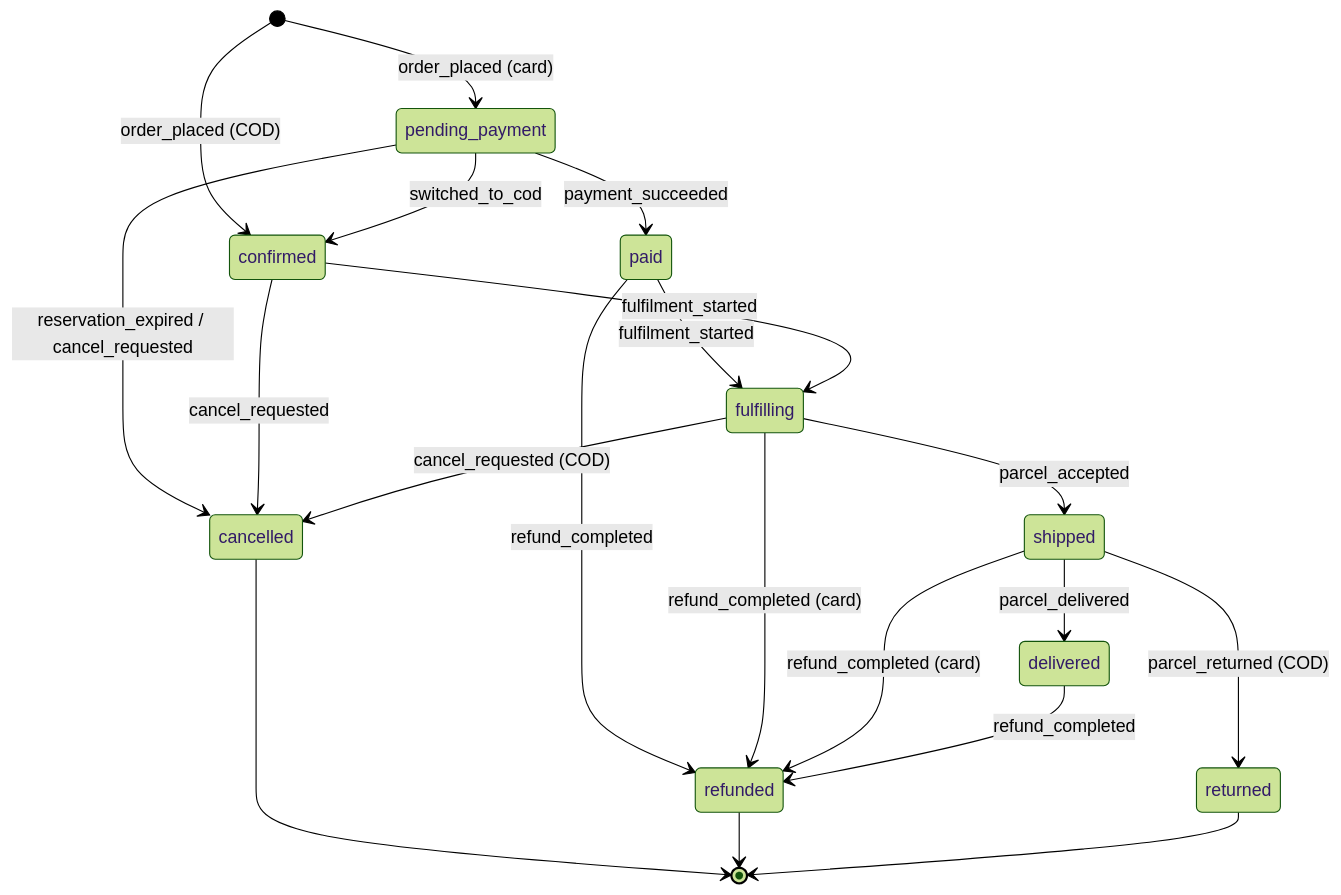
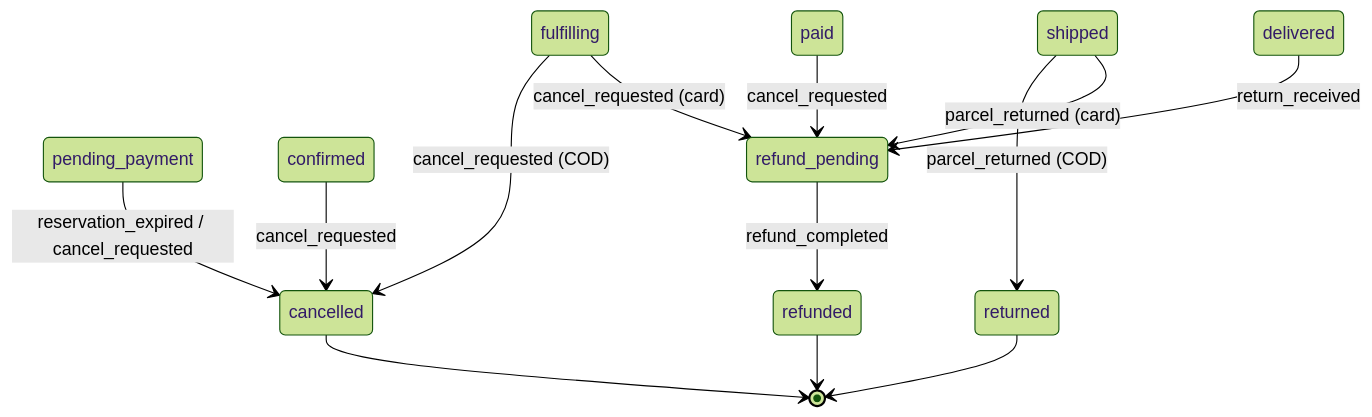
Before and after one commit to inhix/nodejs-shop: the second of 2 diagrams in docs/adr/0011-order-state-machine.md, drawn with Mermaid (forest theme). The commit also changed other lines of this file and 3 other files, not shown here.

First line of the commit message:
docs(docs): end orders in completed and route refunds through refund_pending

````diff
--- a/docs/adr/0011-order-state-machine.md
+++ b/docs/adr/0011-order-state-machine.md
@@ -45,22 +75,15 @@
 ```mermaid
 stateDiagram-v2
-    [*] --> pending_payment: order_placed (card)
-    [*] --> confirmed: order_placed (COD)
-    pending_payment --> paid: payment_succeeded
-    pending_payment --> confirmed: switched_to_cod
     pending_payment --> cancelled: reservation_expired / cancel_requested
-    paid --> fulfilling: fulfilment_started
-    confirmed --> fulfilling: fulfilment_started
     confirmed --> cancelled: cancel_requested
     fulfilling --> cancelled: cancel_requested (COD)
-    fulfilling --> shipped: parcel_accepted
-    shipped --> delivered: parcel_delivered
     shipped --> returned: parcel_returned (COD)
-    paid --> refunded: refund_completed
-    fulfilling --> refunded: refund_completed (card)
-    shipped --> refunded: refund_completed (card)
-    delivered --> refunded: refund_completed
+    paid --> refund_pending: cancel_requested
+    fulfilling --> refund_pending: cancel_requested (card)
+    shipped --> refund_pending: parcel_returned (card)
+    delivered --> refund_pending: return_received
+    refund_pending --> refunded: refund_completed
     cancelled --> [*]
+    returned --> [*]
     refunded --> [*]
-    returned --> [*]
 ```
````
